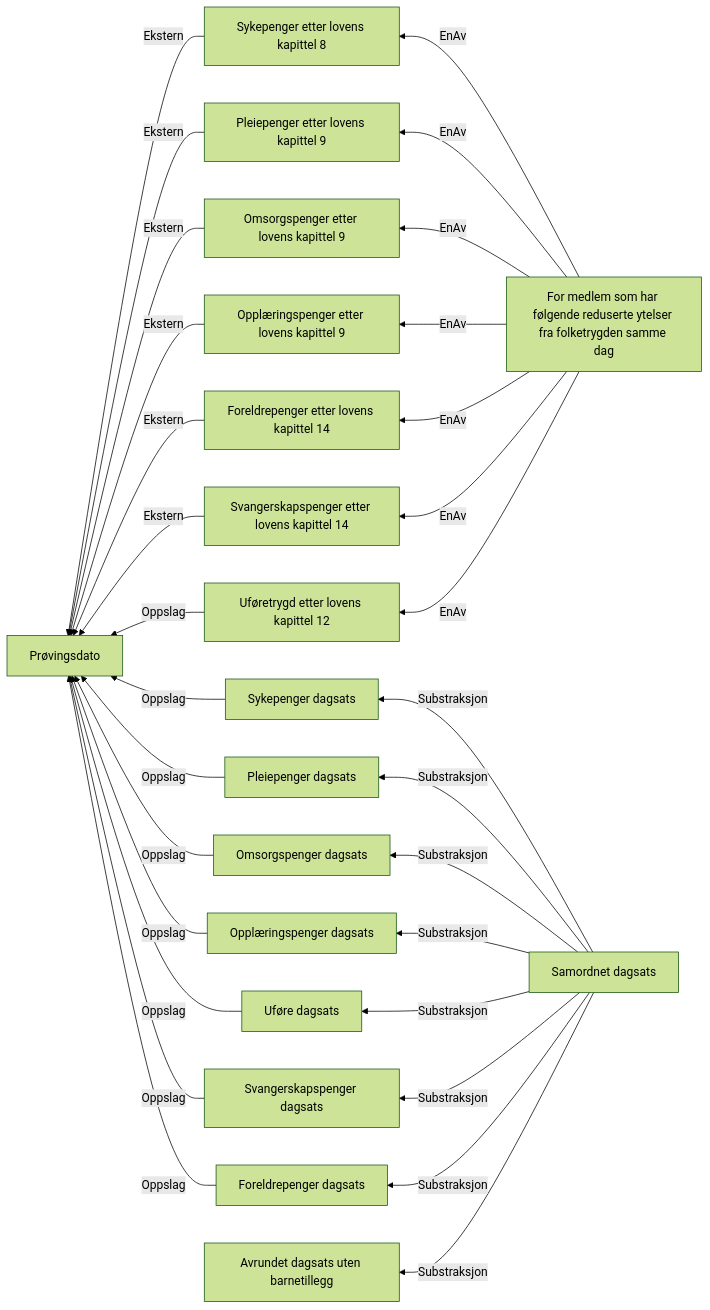
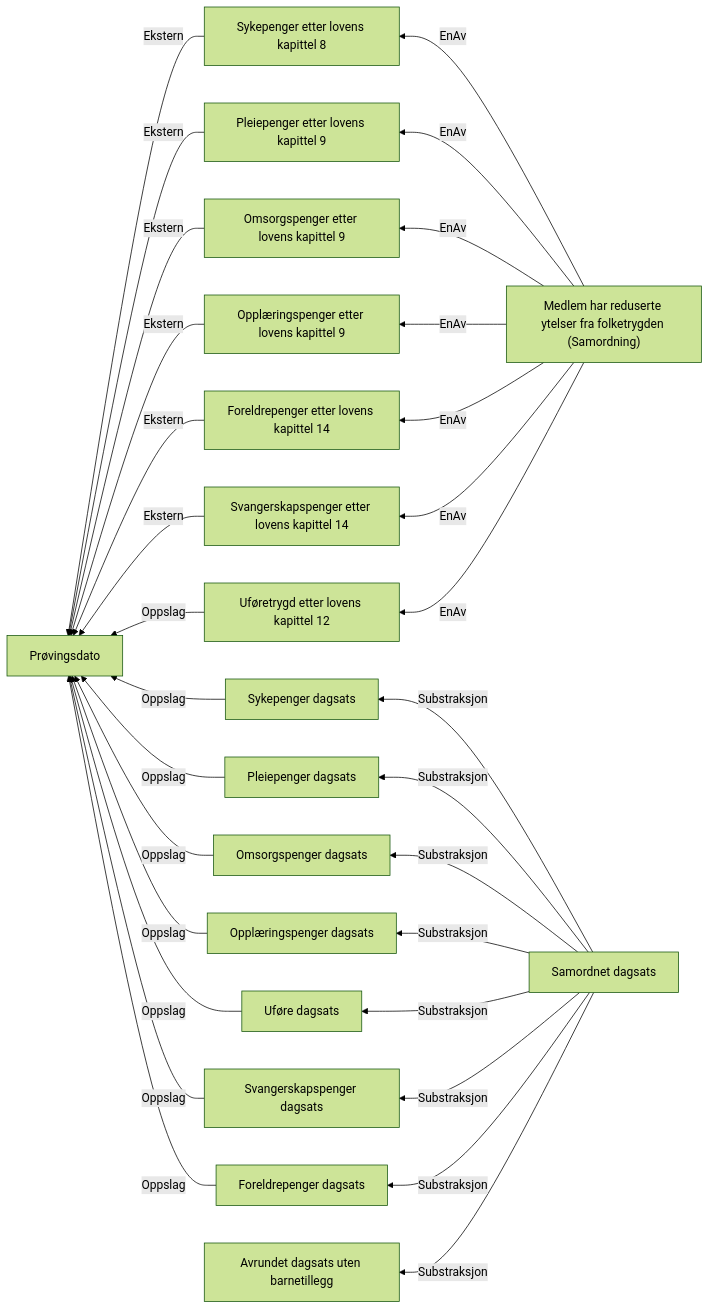
One commit to navikt/dp-vedtak changed the diagram in docs/regler/§ 4-25.Samordning med reduserte ytelser fra folketrygden, eller redusert avtalefestet pensjon.approved.md. Above: the diagram before and after it, drawn with Mermaid (forest theme). The commit also changed 5 other files, not shown here.

````diff
--- a/docs/regler/§ 4-25.Samordning med reduserte ytelser fra folketrygden, eller redusert avtalefestet pensjon.approved.md
+++ b/docs/regler/§ 4-25.Samordning med reduserte ytelser fra folketrygden, eller redusert avtalefestet pensjon.approved.md
@@ -5,32 +5,32 @@
 ```mermaid
 graph RL
   A["Sykepenger etter lovens kapittel 8"] -->|"Ekstern"| B["Prøvingsdato"]
   C["Pleiepenger etter lovens kapittel 9"] -->|"Ekstern"| B["Prøvingsdato"]
   D["Omsorgspenger etter lovens kapittel 9"] -->|"Ekstern"| B["Prøvingsdato"]
   E["Opplæringspenger etter lovens kapittel 9"] -->|"Ekstern"| B["Prøvingsdato"]
   F["Foreldrepenger etter lovens kapittel 14"] -->|"Ekstern"| B["Prøvingsdato"]
   G["Svangerskapspenger etter lovens kapittel 14"] -->|"Ekstern"| B["Prøvingsdato"]
   H["Uføretrygd etter lovens kapittel 12"] -->|"Oppslag"| B["Prøvingsdato"]
   I["Sykepenger dagsats"] -->|"Oppslag"| B["Prøvingsdato"]
   J["Pleiepenger dagsats"] -->|"Oppslag"| B["Prøvingsdato"]
   K["Omsorgspenger dagsats"] -->|"Oppslag"| B["Prøvingsdato"]
   L["Opplæringspenger dagsats"] -->|"Oppslag"| B["Prøvingsdato"]
   M["Uføre dagsats"] -->|"Oppslag"| B["Prøvingsdato"]
   N["Svangerskapspenger dagsats"] -->|"Oppslag"| B["Prøvingsdato"]
   O["Foreldrepenger dagsats"] -->|"Oppslag"| B["Prøvingsdato"]
   P["Samordnet dagsats"] -->|"Substraksjon"| Q["Avrundet dagsats uten barnetillegg"]
   P["Samordnet dagsats"] -->|"Substraksjon"| I["Sykepenger dagsats"]
   P["Samordnet dagsats"] -->|"Substraksjon"| J["Pleiepenger dagsats"]
   P["Samordnet dagsats"] -->|"Substraksjon"| K["Omsorgspenger dagsats"]
   P["Samordnet dagsats"] -->|"Substraksjon"| L["Opplæringspenger dagsats"]
   P["Samordnet dagsats"] -->|"Substraksjon"| M["Uføre dagsats"]
   P["Samordnet dagsats"] -->|"Substraksjon"| O["Foreldrepenger dagsats"]
   P["Samordnet dagsats"] -->|"Substraksjon"| N["Svangerskapspenger dagsats"]
-  R["For medlem som har følgende reduserte ytelser fra folketrygden samme dag"] -->|"EnAv"| A["Sykepenger etter lovens kapittel 8"]
-  R["For medlem som har følgende reduserte ytelser fra folketrygden samme dag"] -->|"EnAv"| C["Pleiepenger etter lovens kapittel 9"]
-  R["For medlem som har følgende reduserte ytelser fra folketrygden samme dag"] -->|"EnAv"| D["Omsorgspenger etter lovens kapittel 9"]
-  R["For medlem som har følgende reduserte ytelser fra folketrygden samme dag"] -->|"EnAv"| E["Opplæringspenger etter lovens kapittel 9"]
-  R["For medlem som har følgende reduserte ytelser fra folketrygden samme dag"] -->|"EnAv"| H["Uføretrygd etter lovens kapittel 12"]
-  R["For medlem som har følgende reduserte ytelser fra folketrygden samme dag"] -->|"EnAv"| F["Foreldrepenger etter lovens kapittel 14"]
-  R["For medlem som har følgende reduserte ytelser fra folketrygden samme dag"] -->|"EnAv"| G["Svangerskapspenger etter lovens kapittel 14"]
+  R["Medlem har reduserte ytelser fra folketrygden (Samordning)"] -->|"EnAv"| A["Sykepenger etter lovens kapittel 8"]
+  R["Medlem har reduserte ytelser fra folketrygden (Samordning)"] -->|"EnAv"| C["Pleiepenger etter lovens kapittel 9"]
+  R["Medlem har reduserte ytelser fra folketrygden (Samordning)"] -->|"EnAv"| D["Omsorgspenger etter lovens kapittel 9"]
+  R["Medlem har reduserte ytelser fra folketrygden (Samordning)"] -->|"EnAv"| E["Opplæringspenger etter lovens kapittel 9"]
+  R["Medlem har reduserte ytelser fra folketrygden (Samordning)"] -->|"EnAv"| H["Uføretrygd etter lovens kapittel 12"]
+  R["Medlem har reduserte ytelser fra folketrygden (Samordning)"] -->|"EnAv"| F["Foreldrepenger etter lovens kapittel 14"]
+  R["Medlem har reduserte ytelser fra folketrygden (Samordning)"] -->|"EnAv"| G["Svangerskapspenger etter lovens kapittel 14"]
 ```
````
